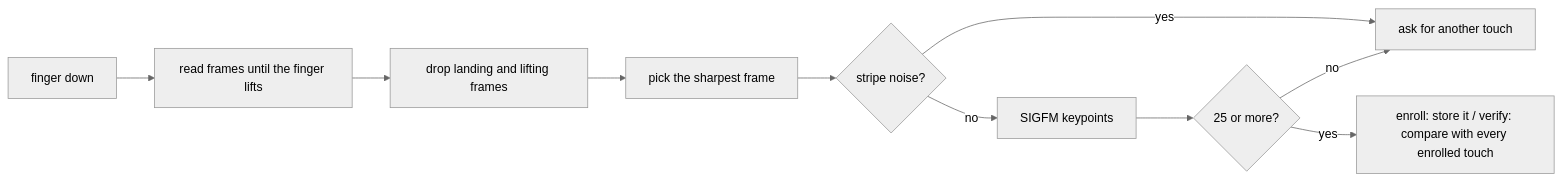
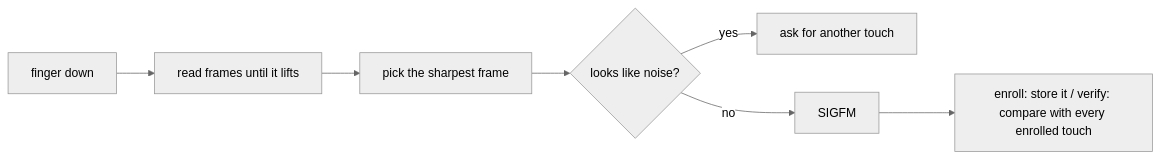
One commit to khaosdoctor/libfprint-elan-0c28-patch changed the diagram in docs/how-it-works.md. Above: the diagram before and after it, drawn with Mermaid (neutral theme). The commit also changed other lines of this file and 1 other file, not shown here.

````diff
--- a/docs/how-it-works.md
+++ b/docs/how-it-works.md
@@ -26,12 +13,9 @@
 ```mermaid
 flowchart LR
-    A[finger down] --> B[read frames until the finger lifts]
-    B --> C[drop landing and lifting frames]
-    C --> D[pick the sharpest frame]
-    D --> E{stripe noise?}
-    E -- yes --> R[ask for another touch]
-    E -- no --> F[SIGFM keypoints]
-    F --> G{25 or more?}
-    G -- no --> R
-    G -- yes --> H[enroll: store it / verify: compare with every enrolled touch]
+    A[finger down] --> B[read frames until it lifts]
+    B --> C[pick the sharpest frame]
+    C --> D{looks like noise?}
+    D -- yes --> R[ask for another touch]
+    D -- no --> E[SIGFM]
+    E --> F[enroll: store it / verify: compare with every enrolled touch]
 ```
````
